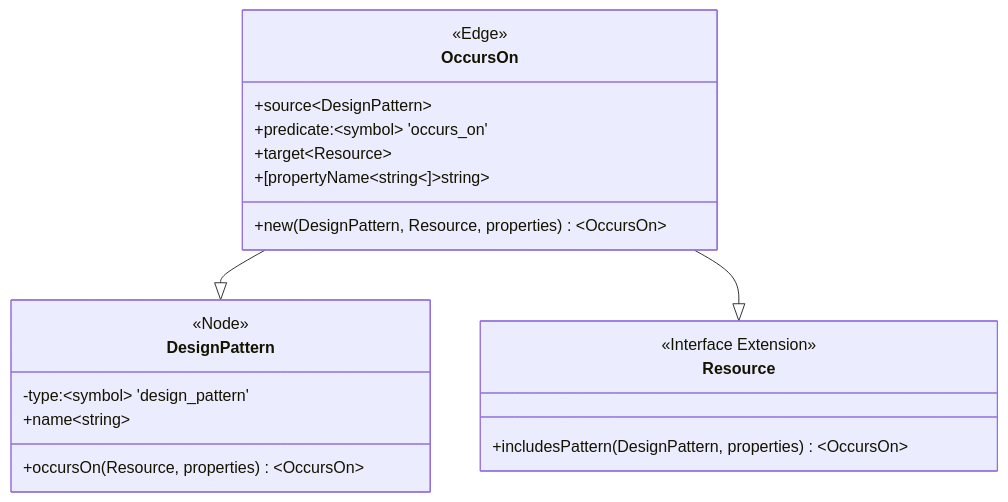
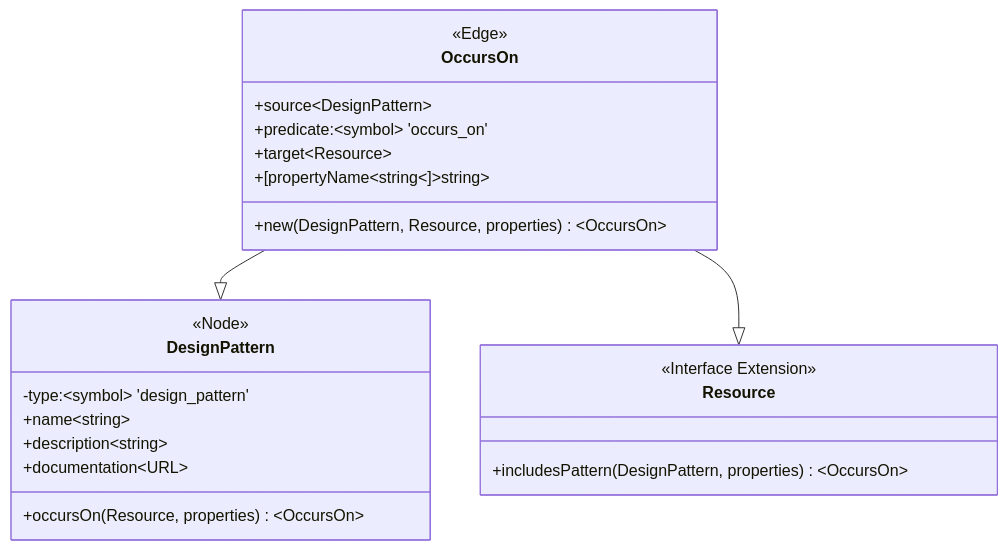
One commit to autogram-is/spidergram changed the diagram in docs/design-pattern-extraction.md. Above: the diagram before and after it, drawn with Mermaid. The commit also changed 1 other file, not shown here.

Commit message:
Gitignoring, clarifiying class props

````diff
--- a/docs/design-pattern-extraction.md
+++ b/docs/design-pattern-extraction.md
@@ -9,26 +9,28 @@
 ```mermaid
 classDiagram
     class DesignPattern {
         <<Node>>
         -type:~symbol~ 'design_pattern'
         +name~string~
+        +description~string~
+        +documentation~URL~
         +occursOn(Resource, properties)~OccursOn~
     }
 
     class OccursOn {
         <<Edge>>
         +source~DesignPattern~
         +predicate:~symbol~ 'occurs_on'
         +target~Resource~
         +[propertyName~string~]~string~
         +new(DesignPattern, Resource, properties)~OccursOn~
     }
     
     class Resource {
         <<Interface Extension>>
         +includesPattern(DesignPattern, properties)~OccursOn~
     }
 
     OccursOn --|> DesignPattern
     OccursOn --|> Resource
 ```
````
